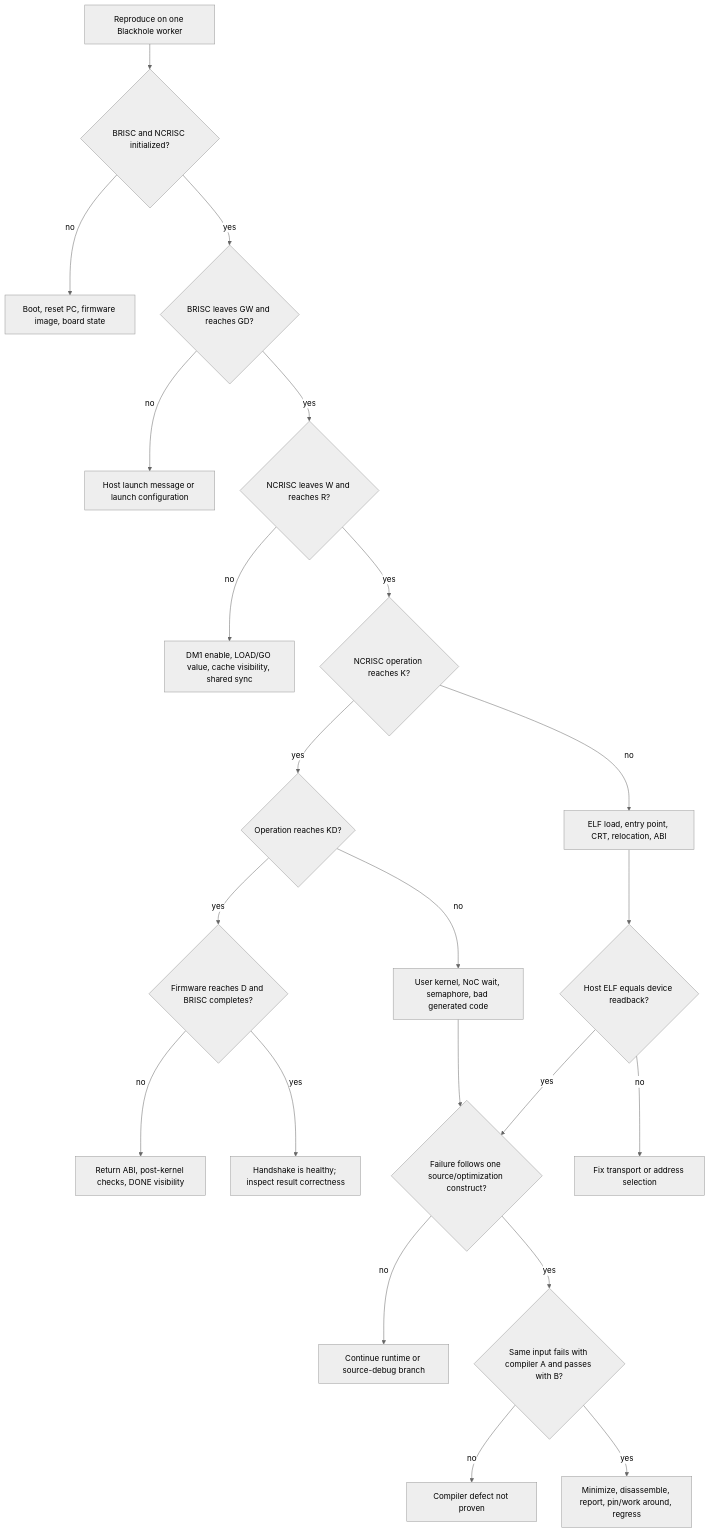
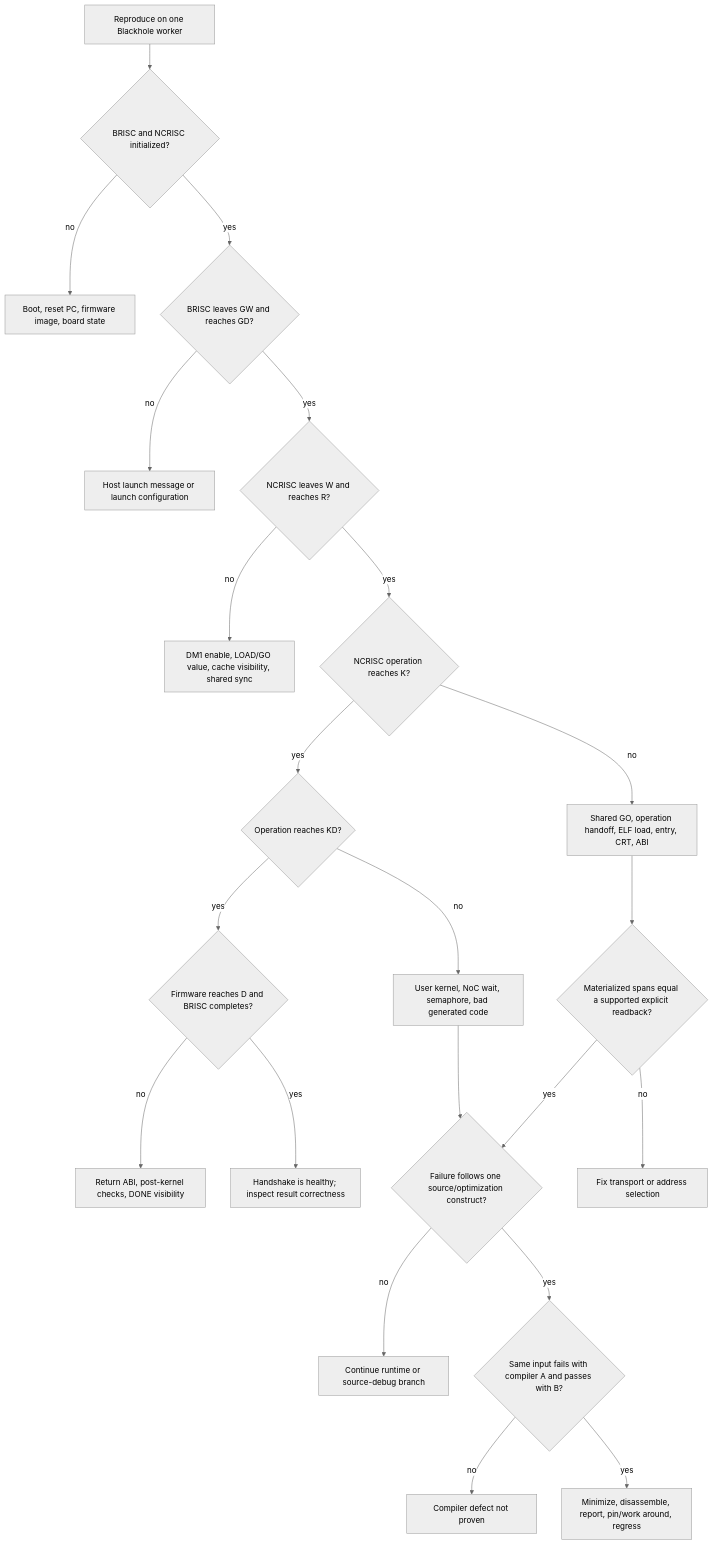
The fourth of 12 diagrams in docs/DISCUSSION_BLACKHOLE_BRINGUP.md (buicongnguyen/tt-sim), drawn with Mermaid (neutral theme) before and after one commit. The commit also changed other lines of this file and 1 other file, not shown here.

````diff
--- a/docs/DISCUSSION_BLACKHOLE_BRINGUP.md
+++ b/docs/DISCUSSION_BLACKHOLE_BRINGUP.md
@@ -414,24 +415,24 @@
 ```mermaid
 flowchart TD
     A[Reproduce on one Blackhole worker] --> B{BRISC and NCRISC initialized?}
     B -- no --> B1[Boot, reset PC, firmware image, board state]
     B -- yes --> C{BRISC leaves GW and reaches GD?}
     C -- no --> C1[Host launch message or launch configuration]
     C -- yes --> D{NCRISC leaves W and reaches R?}
     D -- no --> D1[DM1 enable, LOAD/GO value, cache visibility, shared sync]
     D -- yes --> E{NCRISC operation reaches K?}
-    E -- no --> E1[ELF load, entry point, CRT, relocation, ABI]
+    E -- no --> E1[Shared GO, operation handoff, ELF load, entry, CRT, ABI]
     E -- yes --> F{Operation reaches KD?}
     F -- no --> F1[User kernel, NoC wait, semaphore, bad generated code]
     F -- yes --> G{Firmware reaches D and BRISC completes?}
     G -- no --> G1[Return ABI, post-kernel checks, DONE visibility]
     G -- yes --> H[Handshake is healthy; inspect result correctness]
-    E1 --> I{Host ELF equals device readback?}
+    E1 --> I{Materialized spans equal a supported explicit readback?}
     F1 --> J{Failure follows one source/optimization construct?}
     I -- no --> I1[Fix transport or address selection]
     I -- yes --> J
     J -- no --> J1[Continue runtime or source-debug branch]
     J -- yes --> K{Same input fails with compiler A and passes with B?}
     K -- no --> K1[Compiler defect not proven]
     K -- yes --> L[Minimize, disassemble, report, pin/work around, regress]
 ```
````
